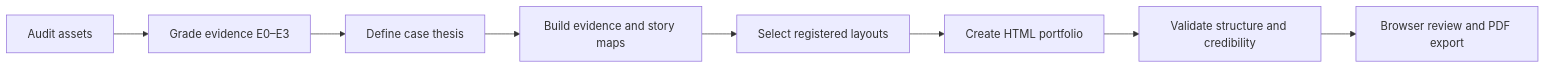
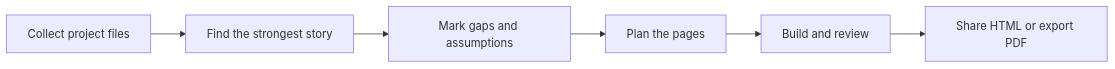
One commit to truman-t3/industrial-design-portfolio-skill changed the first of 2 diagrams in README.md. Above: the diagram before and after it, drawn with Mermaid. The commit also changed other lines of this file and 1 other file, not shown here.

Commit message:
simplify portfolio readme for designers

````diff
--- a/README.md
+++ b/README.md
@@ -65,10 +81,8 @@
 ```mermaid
 flowchart LR
-    A[Audit assets] --> B[Grade evidence E0–E3]
-    B --> C[Define case thesis]
-    C --> D[Build evidence and story maps]
-    D --> E[Select registered layouts]
-    E --> F[Create HTML portfolio]
-    F --> G[Validate structure and credibility]
-    G --> H[Browser review and PDF export]
+    A[Collect project files] --> B[Find the strongest story]
+    B --> C[Mark gaps and assumptions]
+    C --> D[Plan the pages]
+    D --> E[Build and review]
+    E --> F[Share HTML or export PDF]
 ```
````
